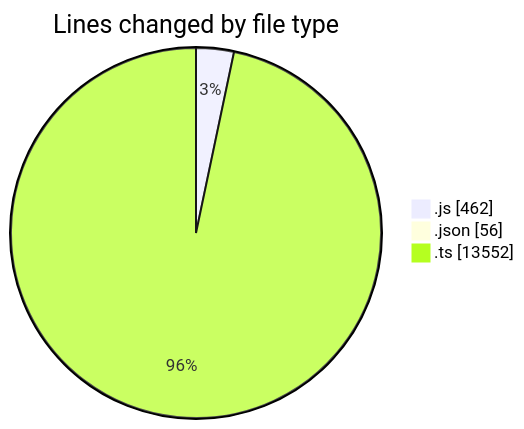
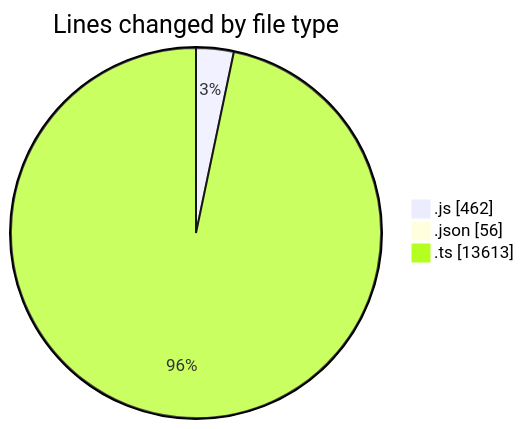
One commit to momahboobian/code-tracking changed the first of 2 diagrams in 2025-09-04/cda/README.md. Above: the diagram before and after it, drawn with Mermaid. The commit also changed other lines of this file and 1 other file, not shown here.

````diff
--- a/2025-09-04/cda/README.md
+++ b/2025-09-04/cda/README.md
@@ -32,7 +32,7 @@
 ```mermaid
 pie showData
 title Lines changed by file type
 ".js" : 462
 ".json" : 56
-".ts" : 13552
+".ts" : 13613
 ```
````
